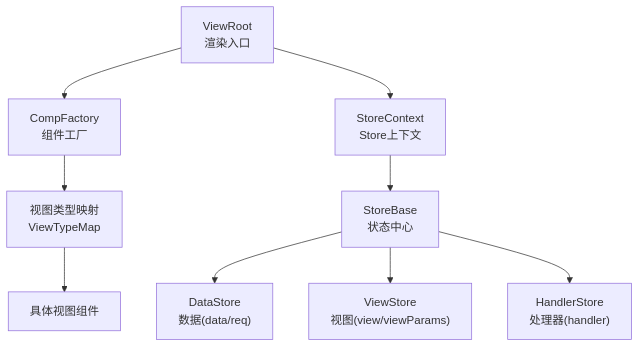
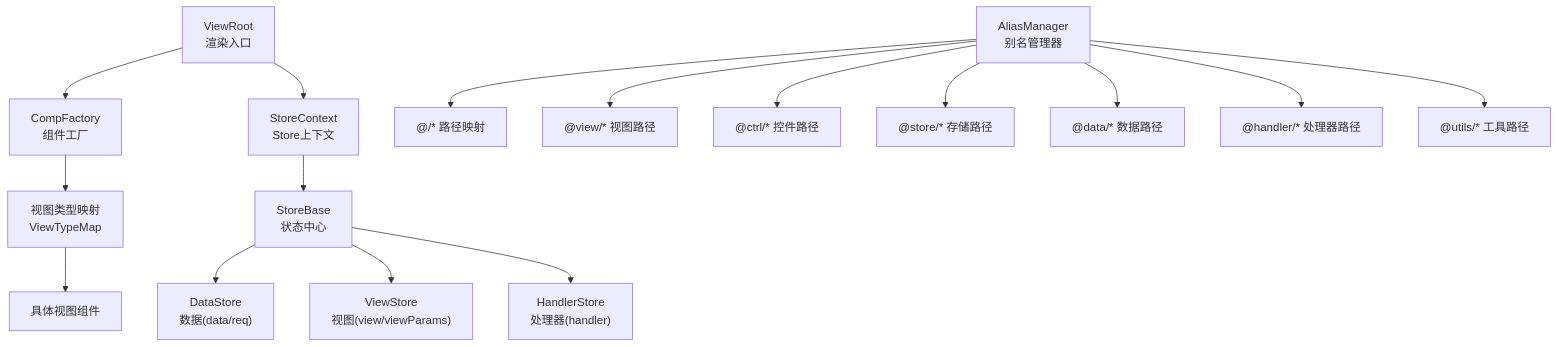
One commit to liqiongke/FrontArk changed the first of 10 diagrams in .qoder/repowiki/zh/content/框架核心/框架核心.md. Above: the diagram before and after it, drawn with Mermaid. The commit also changed other lines of this file and 17 other files, not shown here.

````diff
--- a/.qoder/repowiki/zh/content/框架核心/框架核心.md
+++ b/.qoder/repowiki/zh/content/框架核心/框架核心.md
@@ -47,11 +55,18 @@
 ```mermaid
 graph TB
 A["ViewRoot<br/>渲染入口"] --> B["CompFactory<br/>组件工厂"]
 A --> C["StoreContext<br/>Store上下文"]
 C --> D["StoreBase<br/>状态中心"]
 D --> E["DataStore<br/>数据(data/req)"]
 D --> F["ViewStore<br/>视图(view/viewParams)"]
 D --> G["HandlerStore<br/>处理器(handler)"]
 B --> H["视图类型映射<br/>ViewTypeMap"]
 H --> I["具体视图组件"]
+J["AliasManager<br/>别名管理器"] --> K["@/* 路径映射"]
+J --> L["@view/* 视图路径"]
+J --> M["@ctrl/* 控件路径"]
+J --> N["@store/* 存储路径"]
+J --> O["@data/* 数据路径"]
+J --> P["@handler/* 处理器路径"]
+J --> Q["@utils/* 工具路径"]
 ```
````
